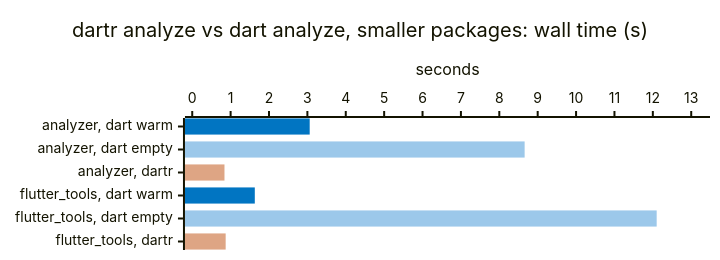
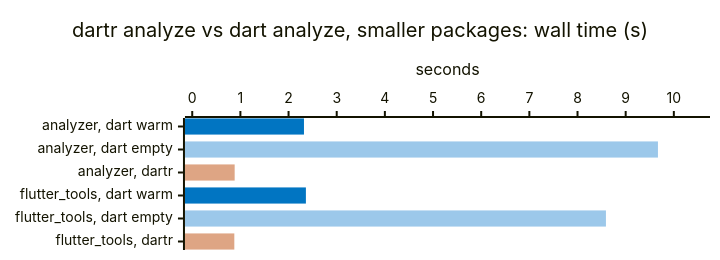
One commit to orestesgaolin/dartr changed the second of 15 diagrams in docs/BENCHMARKS.md. Above: the diagram before and after it, drawn with Mermaid. The commit also changed other lines of this file and 3 other files, not shown here.

````diff
--- a/docs/BENCHMARKS.md
+++ b/docs/BENCHMARKS.md
@@ -36,18 +36,18 @@
 ```mermaid
 ---
 config:
   xyChart:
     height: 240
   themeVariables:
     xyChart:
       plotColorPalette: "#0175C2, #9CC8EA, #DEA584"
 ---
 xychart-beta horizontal
     %% -100 = no bar: one series per measurement gives each its own color
     title "dartr analyze vs dart analyze, smaller packages: wall time (s)"
     x-axis ["analyzer, dart warm", "analyzer, dart empty", "analyzer, dartr", "flutter_tools, dart warm", "flutter_tools, dart empty", "flutter_tools, dartr"]
-    y-axis "seconds" 0 --> 13.3
-    bar [3.06, -100, -100, 1.63, -100, -100]
-    bar [-100, 8.66, -100, -100, 12.1, -100]
-    bar [-100, -100, 0.84, -100, -100, 0.871]
+    y-axis "seconds" 0 --> 10.6
+    bar [2.32, -100, -100, 2.36, -100, -100]
+    bar [-100, 9.67, -100, -100, 8.59, -100]
+    bar [-100, -100, 0.881, -100, -100, 0.874]
 ```
````
